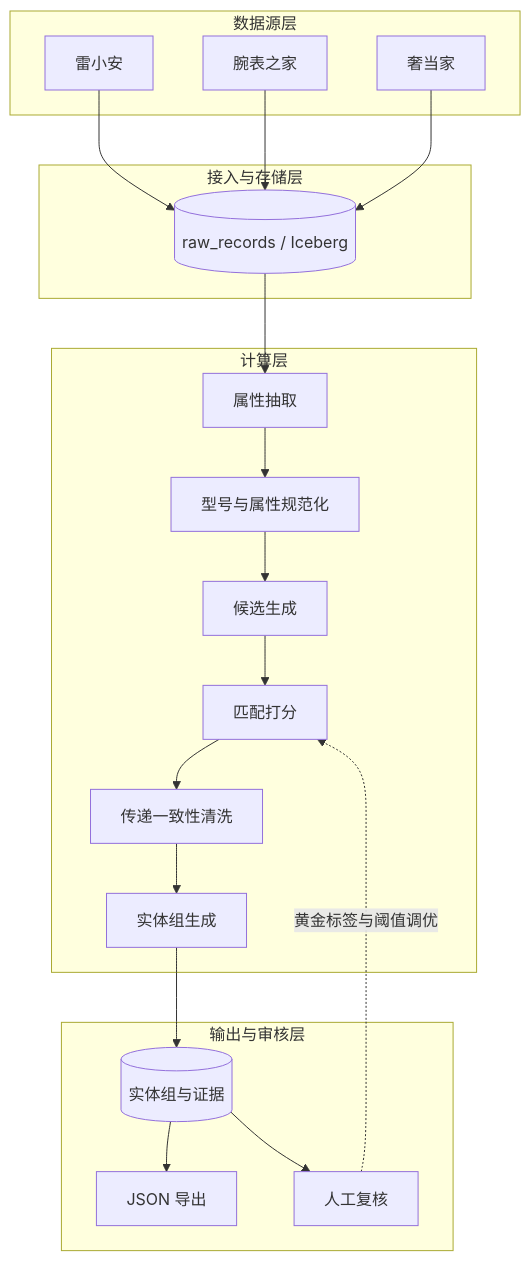
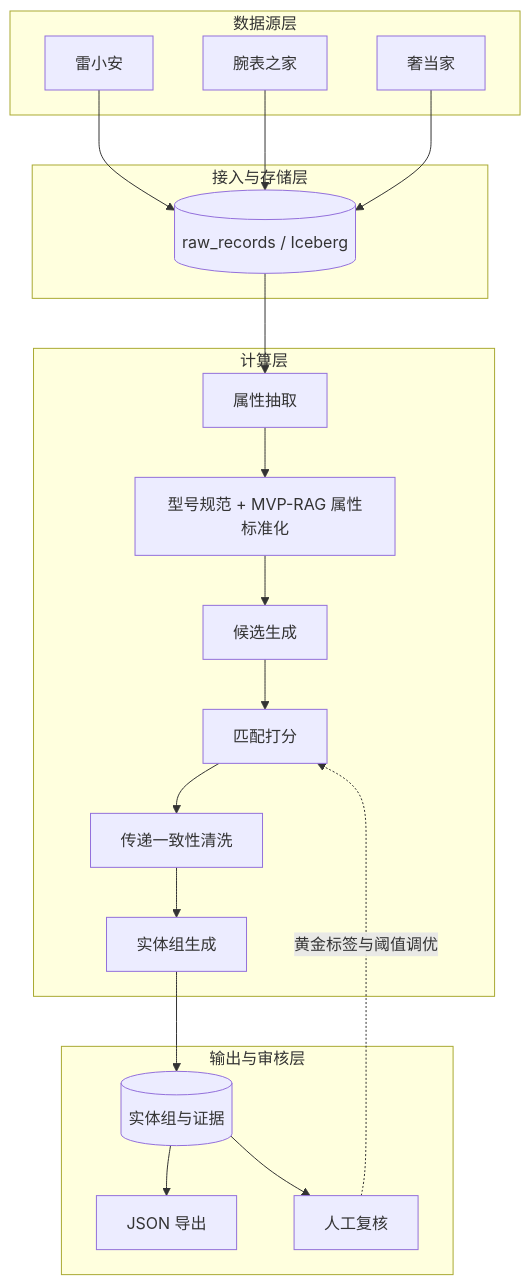
Before and after one commit to WorkerXu/my-doc: the first of 5 diagrams in 多来源商品数据合并系统设计.md, drawn with Mermaid. The commit also changed other lines of this file, not shown here.

Commit message:
设计: 用 MVP-RAG + Qwen3-4B 替代静态属性规范化词表

````diff
--- a/多来源商品数据合并系统设计.md
+++ b/多来源商品数据合并系统设计.md
@@ -22,35 +22,35 @@
 ```mermaid
 flowchart TB
     subgraph SRC["数据源层"]
         A[雷小安]
         B[腕表之家]
         C[奢当家]
     end
 
     subgraph INGEST["接入与存储层"]
         R[(raw_records / Iceberg)]
     end
 
     subgraph COMPUTE["计算层"]
         E[属性抽取]
-        N[型号与属性规范化]
+        N[型号规范 + MVP-RAG 属性标准化]
         B1[候选生成]
         M[匹配打分]
         C1[传递一致性清洗]
         G[实体组生成]
     end
 
     subgraph OUTPUT["输出与审核层"]
         O[(实体组与证据)]
         J[JSON 导出]
         H[人工复核]
     end
 
     A --> R
     B --> R
     C --> R
     R --> E --> N --> B1 --> M --> C1 --> G --> O
     O --> J
     O --> H
     H -. 黄金标签与阈值调优 .-> M
 ```
````
